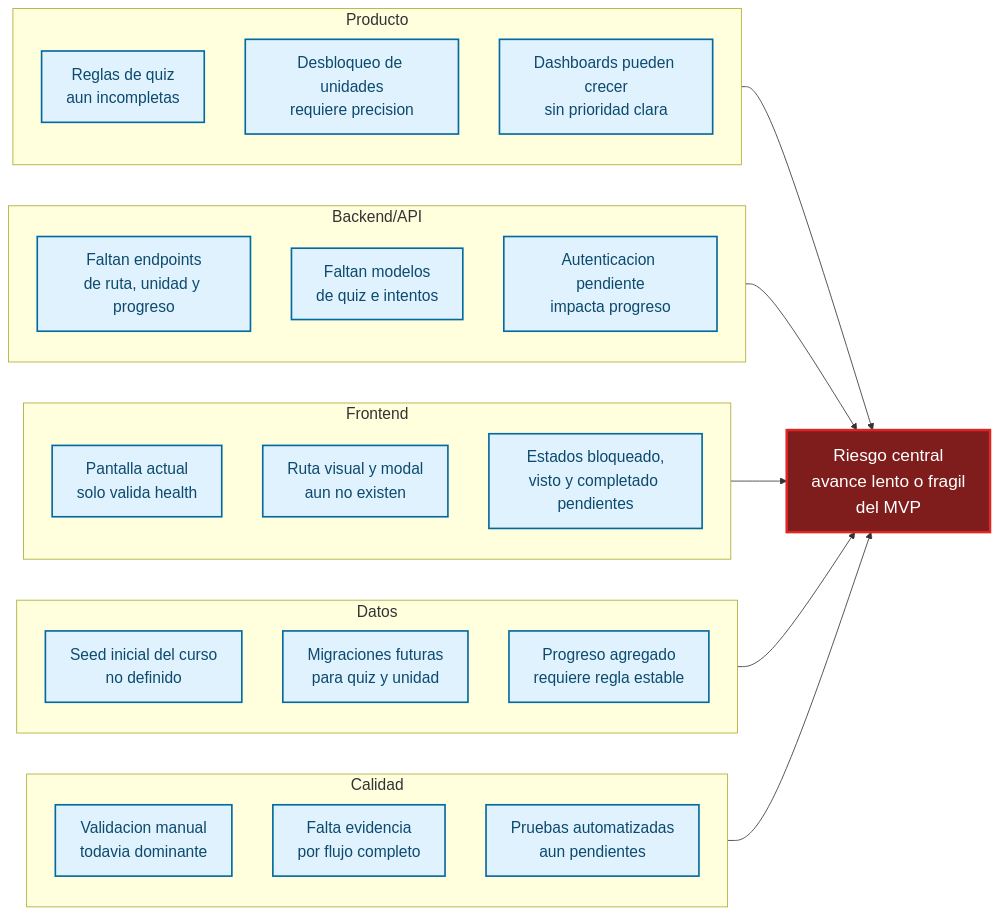
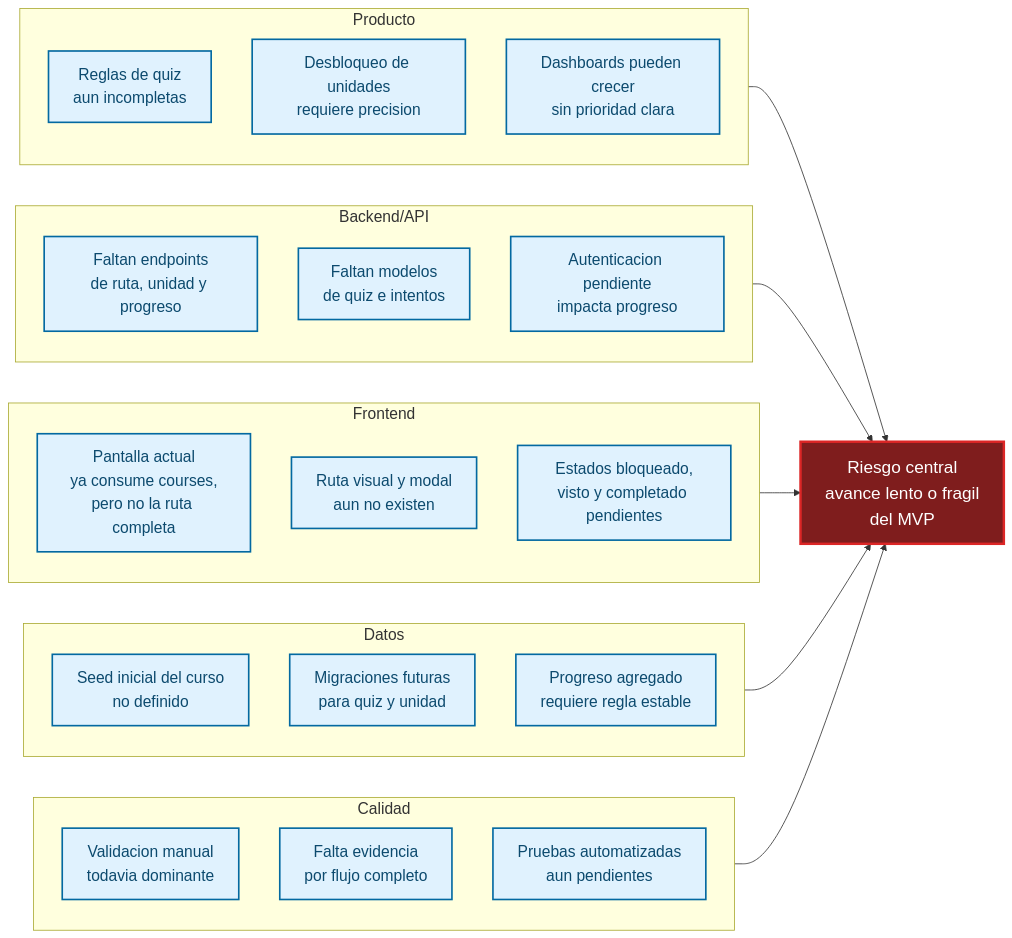
Before and after one commit to fcamusr/portafolio-e-learning-teologia: the first of 3 diagrams in docs/risks/DIAGRAMS.md, drawn with Mermaid. The commit also changed other lines of this file and 34 other files, not shown here.

````diff
--- a/docs/risks/DIAGRAMS.md
+++ b/docs/risks/DIAGRAMS.md
@@ -9,46 +9,46 @@
 ```mermaid
 %%{init: {"themeVariables": {"fontSize": "19px", "fontFamily": "Arial"}}}%%
 flowchart LR
   Problem["Riesgo central<br/>avance lento o fragil<br/>del MVP"]
 
   subgraph Producto["Producto"]
     P1["Reglas de quiz<br/>aun incompletas"]
     P2["Desbloqueo de unidades<br/>requiere precision"]
     P3["Dashboards pueden crecer<br/>sin prioridad clara"]
   end
 
   subgraph Backend["Backend/API"]
     B1["Faltan endpoints<br/>de ruta, unidad y progreso"]
     B2["Faltan modelos<br/>de quiz e intentos"]
     B3["Autenticacion pendiente<br/>impacta progreso"]
   end
 
   subgraph Frontend["Frontend"]
-    F1["Pantalla actual<br/>solo valida health"]
+    F1["Pantalla actual<br/>ya consume courses,<br/>pero no la ruta completa"]
     F2["Ruta visual y modal<br/>aun no existen"]
     F3["Estados bloqueado,<br/>visto y completado pendientes"]
   end
 
   subgraph Datos["Datos"]
     D1["Seed inicial del curso<br/>no definido"]
     D2["Migraciones futuras<br/>para quiz y unidad"]
     D3["Progreso agregado<br/>requiere regla estable"]
   end
 
   subgraph Calidad["Calidad"]
     Q1["Validacion manual<br/>todavia dominante"]
     Q2["Falta evidencia<br/>por flujo completo"]
     Q3["Pruebas automatizadas<br/>aun pendientes"]
   end
 
   Producto --> Problem
   Backend --> Problem
   Frontend --> Problem
   Datos --> Problem
   Calidad --> Problem
 
   classDef problem fill:#7f1d1d,stroke:#dc2626,color:#ffffff,font-size:21px,stroke-width:3px
   classDef cause fill:#e0f2fe,stroke:#0369a1,color:#0c4a6e,font-size:19px,stroke-width:2px
   class Problem problem
   class P1,P2,P3,B1,B2,B3,F1,F2,F3,D1,D2,D3,Q1,Q2,Q3 cause
 ```
````
